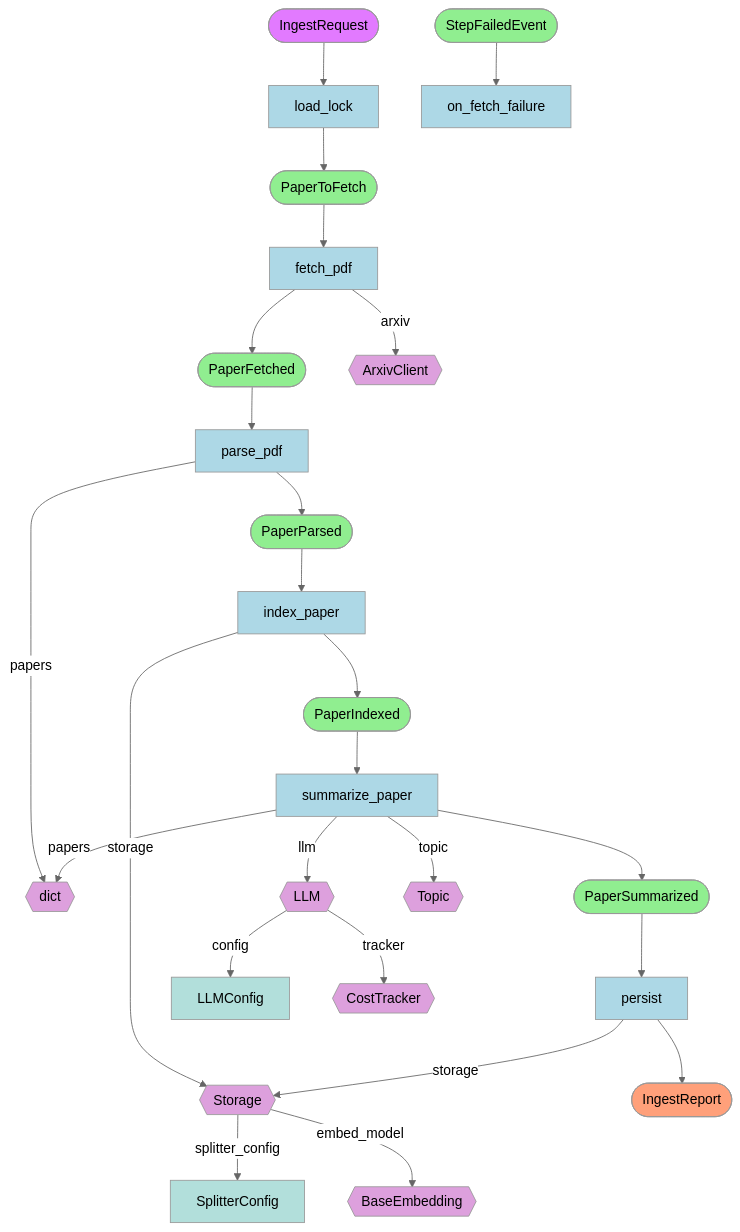
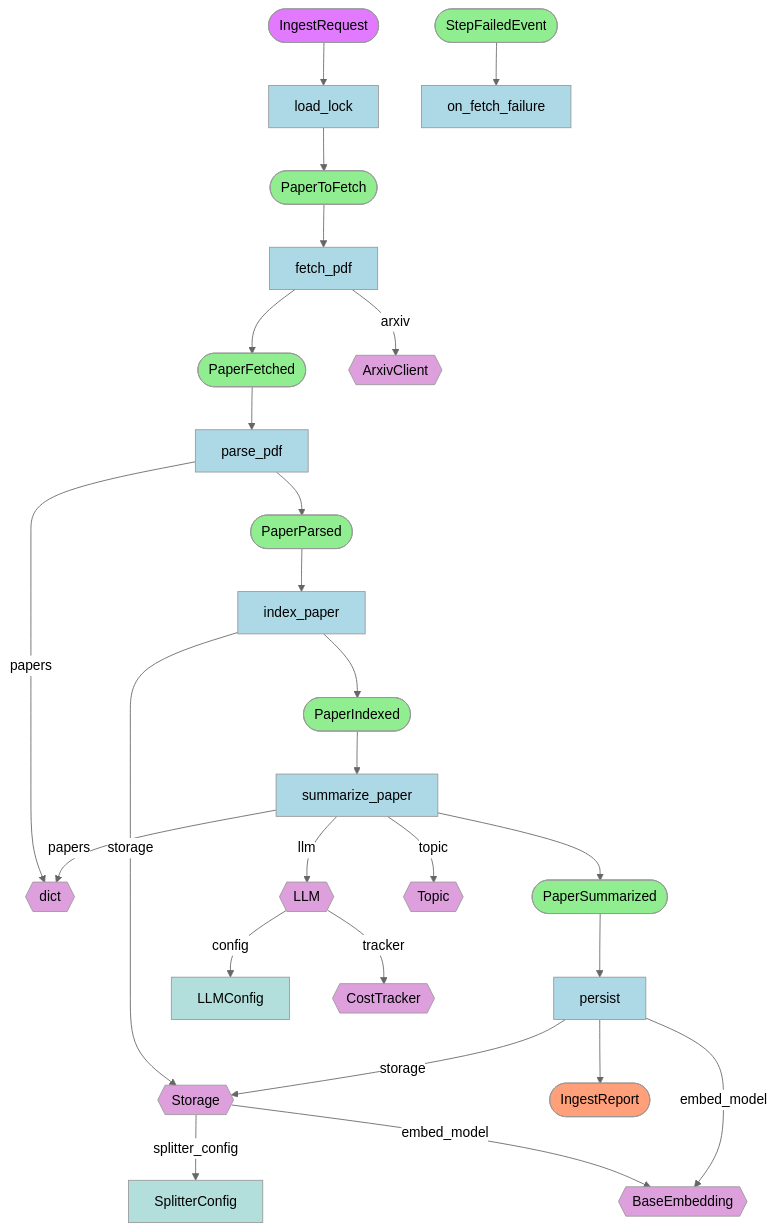
One commit to soumit17/llamaindex-literature-review changed the diagram in docs/ingest_flow.md. Above: the diagram before and after it, drawn with Mermaid (neutral theme). The commit also changed 25 other files, not shown here.

````diff
--- a/docs/ingest_flow.md
+++ b/docs/ingest_flow.md
@@ -3,67 +3,68 @@
 ```mermaid
 flowchart TD
     step_fetch_pdf["fetch_pdf"]:::stepStyle
     event_PaperToFetch(["PaperToFetch"]):::defaultEventStyle
     event_PaperFetched(["PaperFetched"]):::defaultEventStyle
     resource_resource_3449204d69cc{{"ArxivClient"}}:::resourceStyle
     step_index_paper["index_paper"]:::stepStyle
     event_PaperParsed(["PaperParsed"]):::defaultEventStyle
     event_PaperIndexed(["PaperIndexed"]):::defaultEventStyle
     resource_resource_290055995b5b{{"Storage"}}:::resourceStyle
     resource_config_resource_config_1157c4ad72c1["SplitterConfig"]:::resourceConfigStyle
     resource_resource_7786a419079b{{"BaseEmbedding"}}:::resourceStyle
     step_load_lock["load_lock"]:::stepStyle
     event_IngestRequest(["IngestRequest"]):::startEventStyle
     step_on_fetch_failure["on_fetch_failure"]:::stepStyle
     event_StepFailedEvent(["StepFailedEvent"]):::defaultEventStyle
     step_parse_pdf["parse_pdf"]:::stepStyle
     resource_resource_59578000a7cc{{"dict"}}:::resourceStyle
     step_persist["persist"]:::stepStyle
     event_PaperSummarized(["PaperSummarized"]):::defaultEventStyle
     event_IngestReport(["IngestReport"]):::stopEventStyle
     step_summarize_paper["summarize_paper"]:::stepStyle
     resource_resource_a0556b5da244{{"LLM"}}:::resourceStyle
     resource_config_resource_config_a4ea6a5fa368["LLMConfig"]:::resourceConfigStyle
     resource_resource_563010e4364d{{"CostTracker"}}:::resourceStyle
     resource_resource_3012ae4981ab{{"Topic"}}:::resourceStyle
     resource_resource_290055995b5b -->|"splitter_config"| resource_config_resource_config_1157c4ad72c1
     resource_resource_290055995b5b -->|"embed_model"| resource_resource_7786a419079b
     resource_resource_a0556b5da244 -->|"config"| resource_config_resource_config_a4ea6a5fa368
     resource_resource_a0556b5da244 -->|"tracker"| resource_resource_563010e4364d
     step_fetch_pdf --> event_PaperFetched
     event_PaperToFetch --> step_fetch_pdf
     step_fetch_pdf -->|"arxiv"| resource_resource_3449204d69cc
     step_index_paper --> event_PaperIndexed
     event_PaperParsed --> step_index_paper
     step_index_paper -->|"storage"| resource_resource_290055995b5b
     step_load_lock --> event_PaperToFetch
     event_IngestRequest --> step_load_lock
     event_StepFailedEvent --> step_on_fetch_failure
     step_parse_pdf --> event_PaperParsed
     event_PaperFetched --> step_parse_pdf
     step_parse_pdf -->|"papers"| resource_resource_59578000a7cc
     step_persist --> event_IngestReport
     event_PaperSummarized --> step_persist
     step_persist -->|"storage"| resource_resource_290055995b5b
+    step_persist -->|"embed_model"| resource_resource_7786a419079b
     step_summarize_paper --> event_PaperSummarized
     event_PaperIndexed --> step_summarize_paper
     step_summarize_paper -->|"llm"| resource_resource_a0556b5da244
     step_summarize_paper -->|"papers"| resource_resource_59578000a7cc
     step_summarize_paper -->|"topic"| resource_resource_3012ae4981ab
     classDef stepStyle fill:#ADD8E6,color:#000000,line-height:1.2
     classDef externalStyle fill:#BEDAE4,color:#000000,line-height:1.2
     classDef resourceStyle fill:#DDA0DD,color:#000000,line-height:1.2
     classDef resourceConfigStyle fill:#B2DFDB,color:#000000,line-height:1.2
     classDef startEventStyle fill:#E27AFF,color:#000000
     classDef stopEventStyle fill:#FFA07A,color:#000000
     classDef defaultEventStyle fill:#90EE90,color:#000000
     classDef reactAgentStyle fill:#E27AFF,color:#000000
     classDef codeActAgentStyle fill:#66ccff,color:#000000
     classDef defaultAgentStyle fill:#90EE90,color:#000000
     classDef toolStyle fill:#ff9966,color:#000000
     classDef workflowBaseStyle fill:#90EE90,color:#000000
     classDef workflowAgentStyle fill:#66ccff,color:#000000
     classDef workflowToolStyle fill:#ff9966,color:#000000
     classDef workflowHandoffStyle fill:#E27AFF,color:#000000
     classDef childConnectorStyle fill:#E0E0E080,color:#555555,stroke-width:0px
 ```
````
